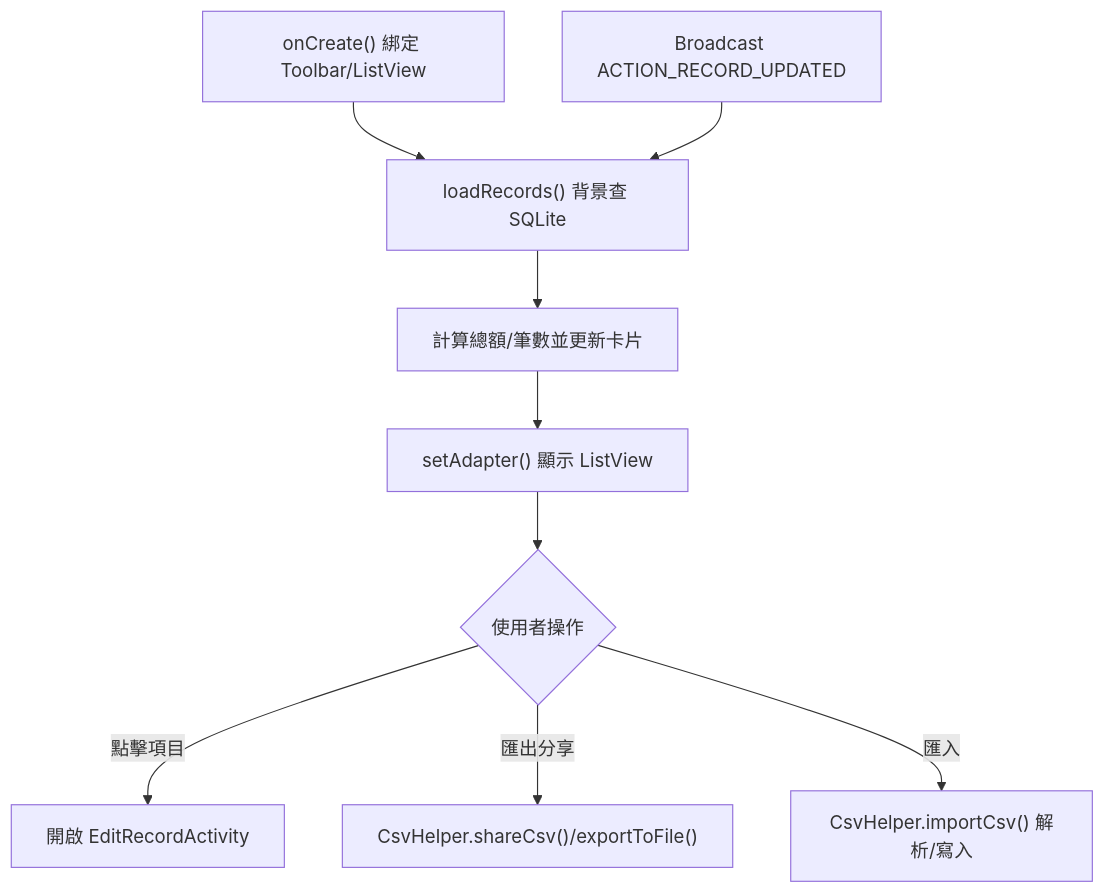
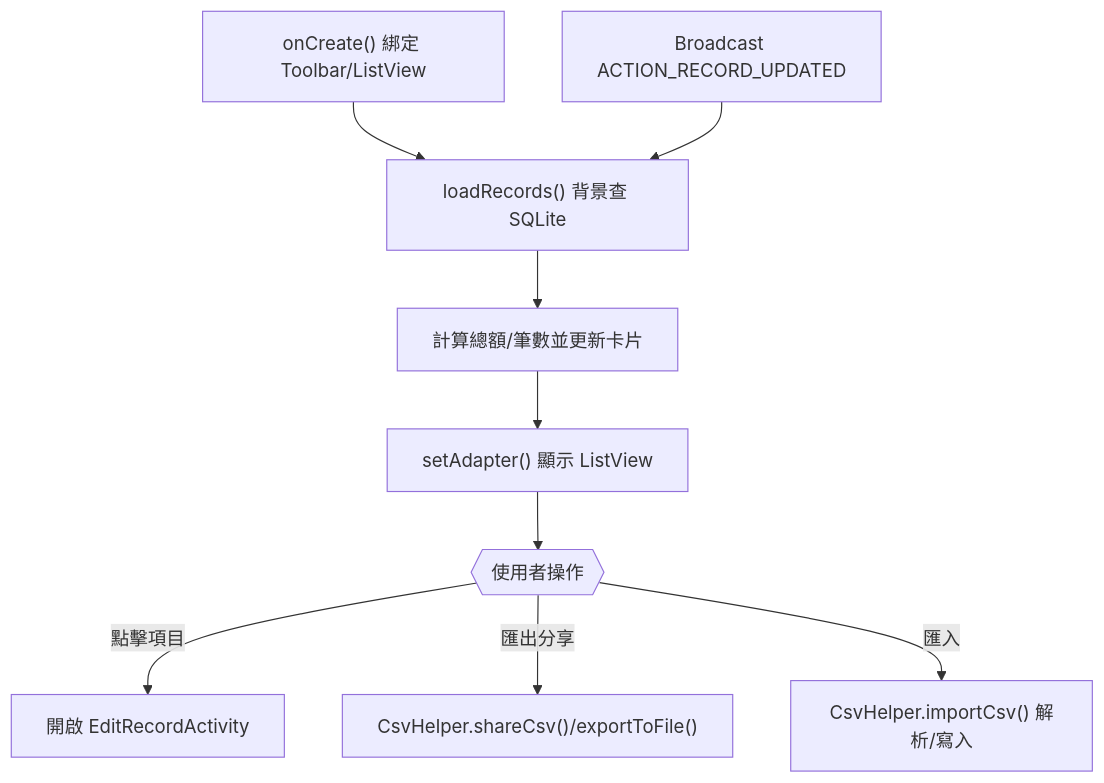
The sixth of 26 diagrams in Grading_Criteria.md (Dao-you/SimplestBookAndroid), drawn with Mermaid before and after one commit. The commit also changed other lines of this file, not shown here.

````diff
--- a/Grading_Criteria.md
+++ b/Grading_Criteria.md
@@ -210,11 +207,11 @@
 ```mermaid
 flowchart TD
     A["onCreate() 綁定 Toolbar/ListView"] --> B["loadRecords() 背景查 SQLite"]
     B --> C["計算總額/筆數並更新卡片"]
     C --> D["setAdapter() 顯示 ListView"]
-    D --> E{"使用者操作"}
+    D --> E{{"使用者操作"}}
     E -->|"點擊項目"| F["開啟 EditRecordActivity"]
     E -->|"匯出分享"| G["CsvHelper.shareCsv()/exportToFile()"]
     E -->|"匯入"| H["CsvHelper.importCsv() 解析/寫入"]
     I["Broadcast ACTION_RECORD_UPDATED"] --> B
 ```
````
